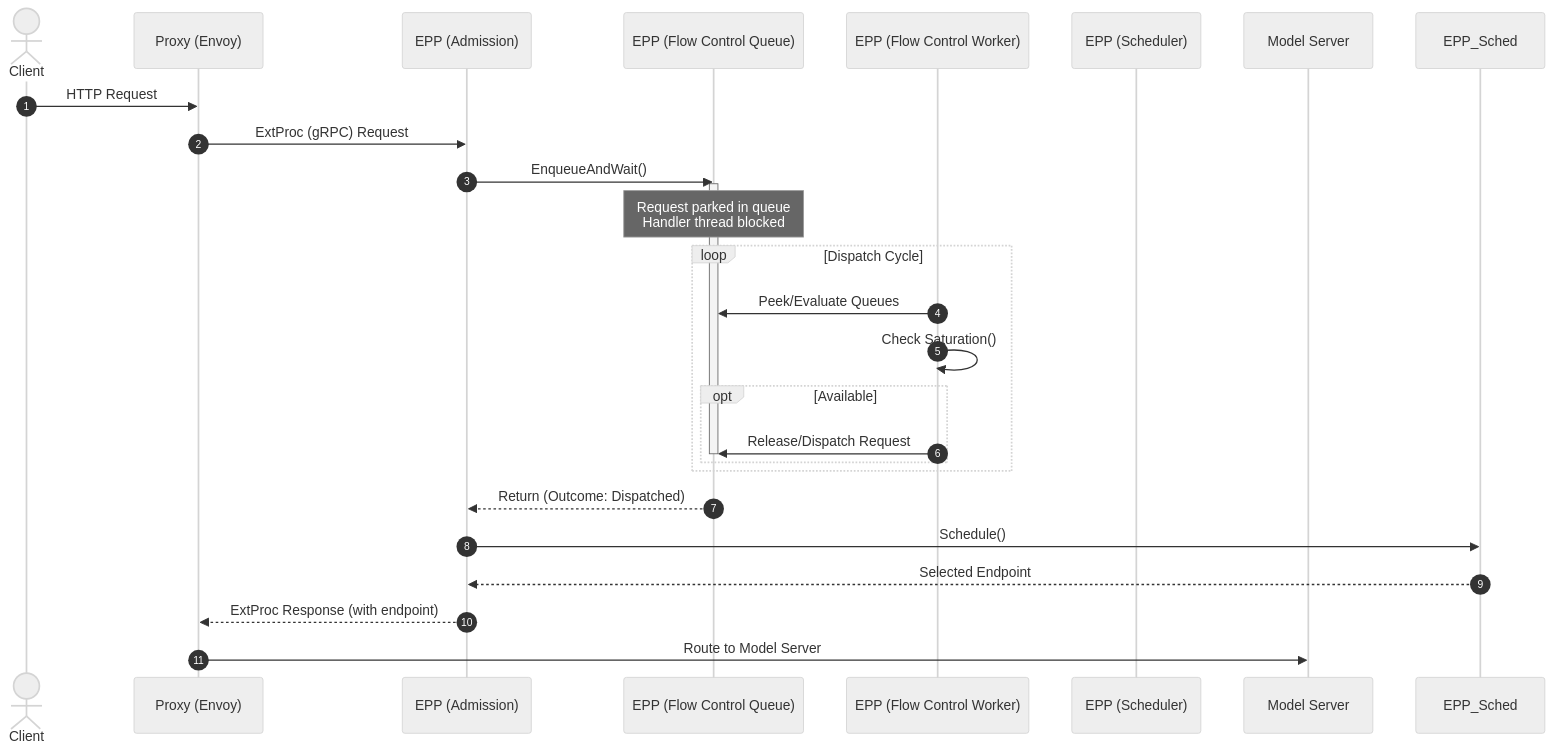
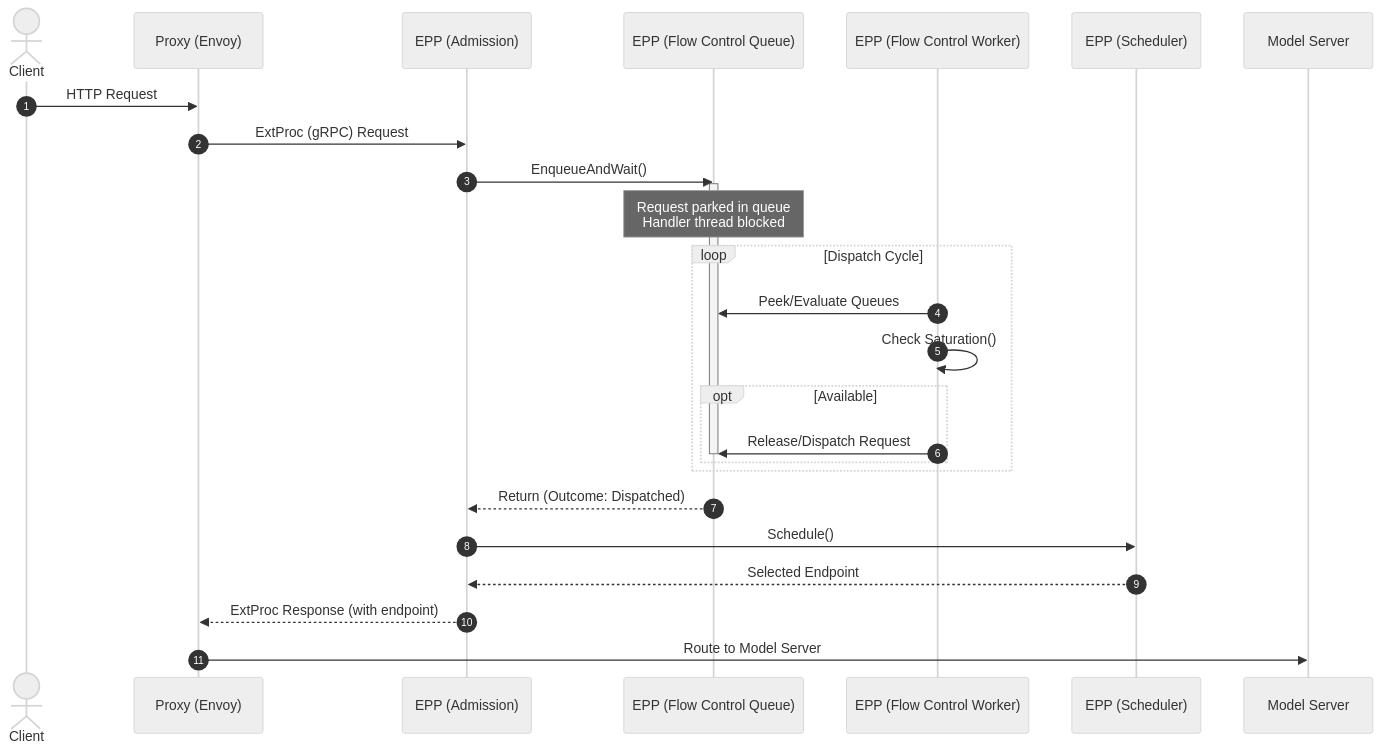
The second of 4 diagrams in docs/architecture/router/flow-control.md (llm-d/llm-d), drawn with Mermaid (neutral theme) before and after one commit. The commit also changed 23 other files, not shown here.

Commit message:
docs: fix broken links, Mermaid diagram, headers, and gateway env vars

````diff
--- a/docs/architecture/router/flow-control.md
+++ b/docs/architecture/router/flow-control.md
@@ -260,32 +260,32 @@
 ```mermaid
 sequenceDiagram
     autonumber
     actor Client
     participant Proxy as Proxy (Envoy)
     participant EPP_Adm as EPP (Admission)
     participant EPP_Q as EPP (Flow Control Queue)
     participant EPP_BW as EPP (Flow Control Worker)
     participant EPP_Scheduler as EPP (Scheduler)
     participant Endpoint as Model Server
 
     Client->>Proxy: HTTP Request
     Proxy->>EPP_Adm: ExtProc (gRPC) Request
     EPP_Adm->>EPP_Q: EnqueueAndWait()
     activate EPP_Q
     Note over EPP_Q: Request parked in queue<br/>Handler thread blocked
 
     loop Dispatch Cycle
         EPP_BW->>EPP_Q: Peek/Evaluate Queues
         EPP_BW->>EPP_BW: Check Saturation()
         opt Available
             EPP_BW->>EPP_Q: Release/Dispatch Request
             deactivate EPP_Q
         end
     end
     EPP_Q-->>EPP_Adm: Return (Outcome: Dispatched)
 
-    EPP_Adm->>EPP_Sched: Schedule()
-    EPP_Sched-->>EPP_Adm: Selected Endpoint
+    EPP_Adm->>EPP_Scheduler: Schedule()
+    EPP_Scheduler-->>EPP_Adm: Selected Endpoint
     EPP_Adm-->>Proxy: ExtProc Response (with endpoint)
     Proxy->>Endpoint: Route to Model Server
 ```
````
